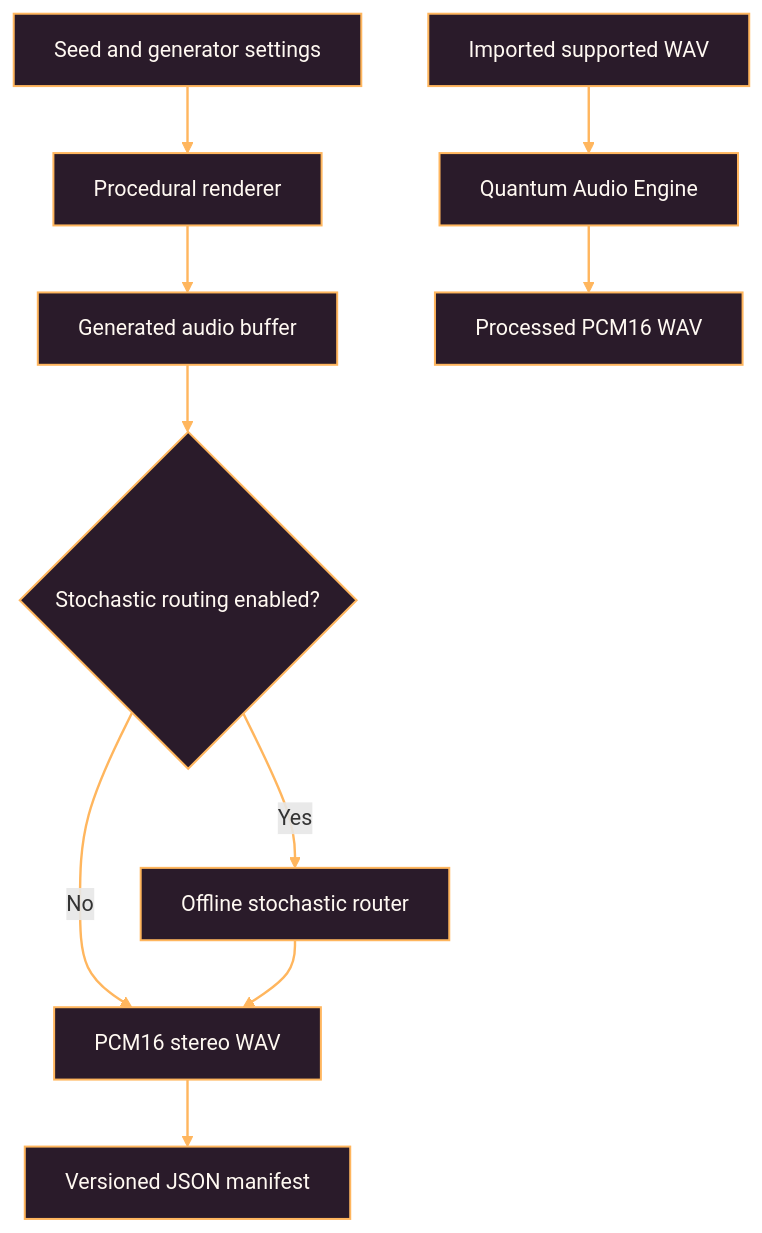
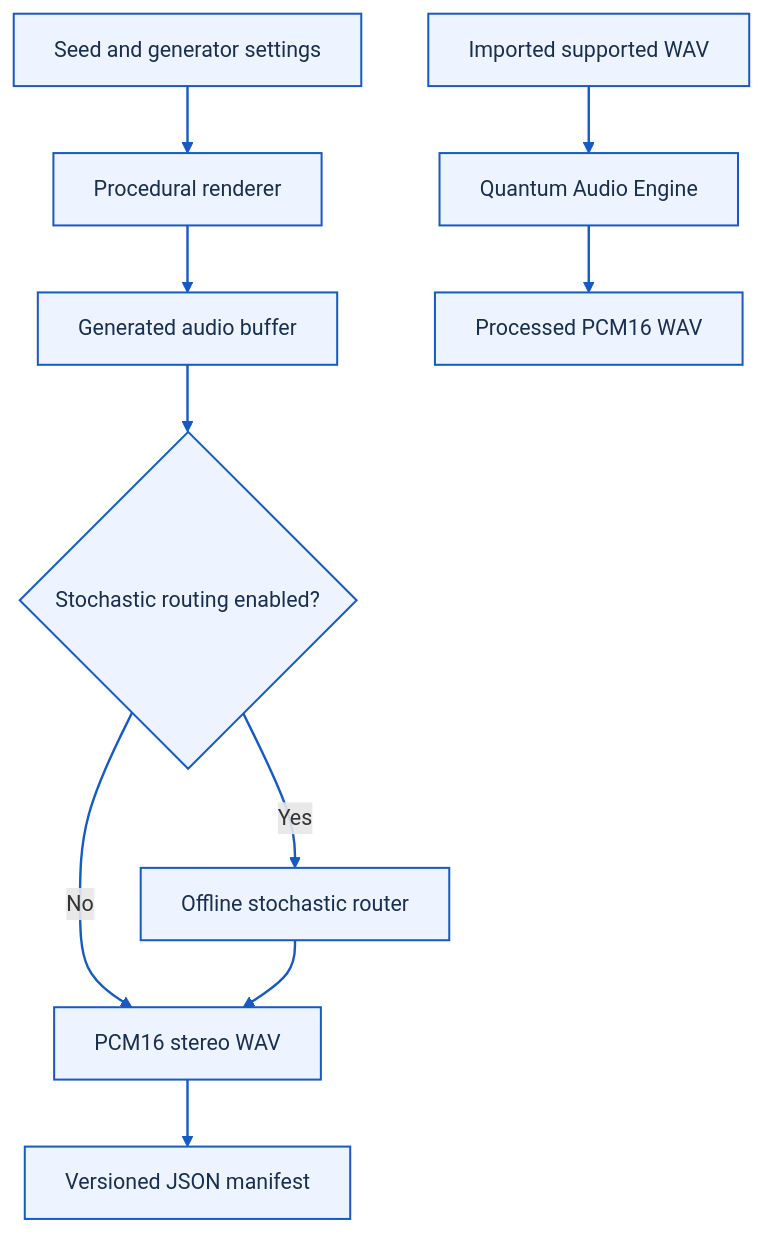
One commit to Ivan-VHS/VentuSample changed the first of 2 diagrams in README.md. Above: the diagram before and after it, drawn with Mermaid. The commit also changed other lines of this file, not shown here.

Commit message:
docs: match diagram colors to VentuSample UI

````diff
--- a/README.md
+++ b/README.md
@@ -23,15 +23,15 @@
 ```mermaid
 flowchart TD
     A[Seed and generator settings] --> B[Procedural renderer]
     B --> C[Generated audio buffer]
     C --> D{Stochastic routing enabled?}
     D -- No --> E[PCM16 stereo WAV]
     D -- Yes --> F[Offline stochastic router]
     F --> E
     E --> G[Versioned JSON manifest]
     H[Imported supported WAV] --> I[Quantum Audio Engine]
     I --> J[Processed PCM16 WAV]
-  classDef readmeNode fill:#2A1B2A,stroke:#FFB65E,color:#FFF9F2,stroke-width:1.5px;
+  classDef readmeNode fill:#EEF4FF,stroke:#165AC4,color:#182F50,stroke-width:1.5px;
   class A,B,C,D,E,F,G,H,I,J readmeNode;
-  linkStyle default stroke:#FFB65E,stroke-width:1.8px;
+  linkStyle default stroke:#165AC4,stroke-width:1.8px;
 ```
````
